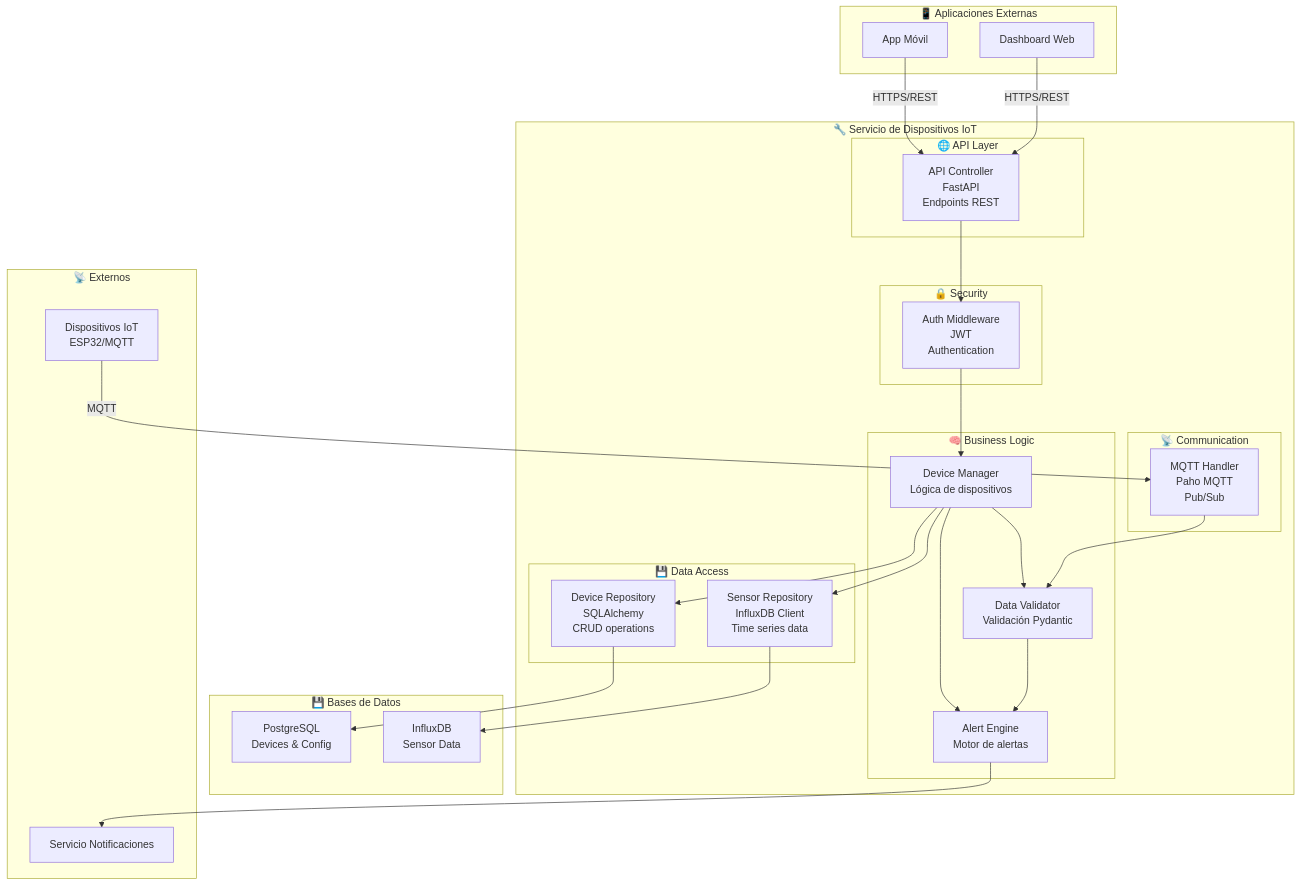
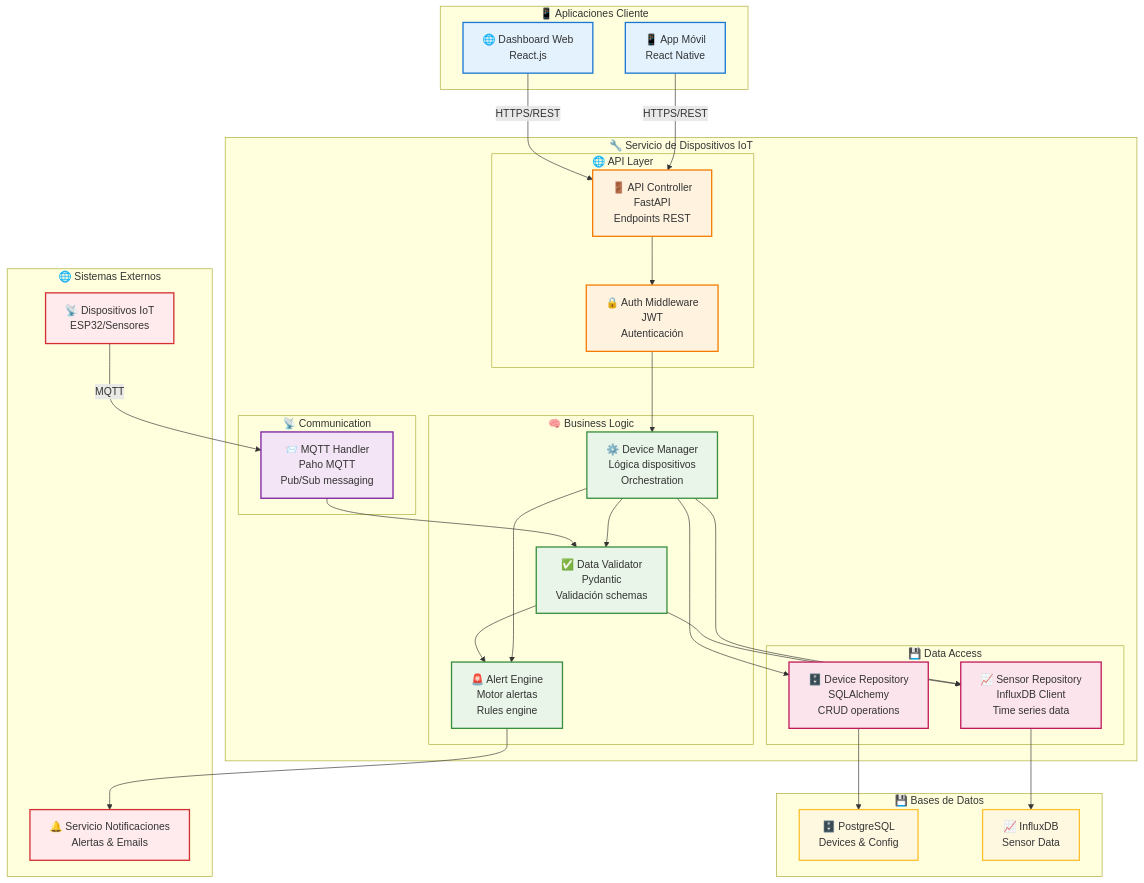
One commit to JanoverSaldana/apuntes-IoT changed the first of 3 diagrams in semana-4/C4-Diagrams-Guide/03-Component-Diagram.md. Above: the diagram before and after it, drawn with Mermaid. The commit also changed other lines of this file and 12 other files, not shown here.

Commit message:
Remove PlantUML diagrams and related documentation in favor of using Mermaid for GitHub visualization. Update README to reflect new diagramming approach and tools.

````diff
--- a/semana-4/C4-Diagrams-Guide/03-Component-Diagram.md
+++ b/semana-4/C4-Diagrams-Guide/03-Component-Diagram.md
@@ -312,43 +47,40 @@
 ```mermaid
 graph TB
-    subgraph "📱 Aplicaciones Externas"
-        A1[App Móvil]
-        A2[Dashboard Web]
+    subgraph "📱 Aplicaciones Cliente"
+        A1[📱 App Móvil<br/>React Native]
+        A2[🌐 Dashboard Web<br/>React.js]
     end
     
     subgraph "🔧 Servicio de Dispositivos IoT"
         subgraph "🌐 API Layer"
-            C1[API Controller<br/>FastAPI<br/>Endpoints REST]
+            C1[🚪 API Controller<br/>FastAPI<br/>Endpoints REST]
+            C8[🔒 Auth Middleware<br/>JWT<br/>Autenticación]
         end
         
         subgraph "🧠 Business Logic"
-            C2[Device Manager<br/>Lógica de dispositivos]
-            C3[Data Validator<br/>Validación Pydantic]
-            C4[Alert Engine<br/>Motor de alertas]
+            C2[⚙️ Device Manager<br/>Lógica dispositivos<br/>Orchestration]
+            C3[✅ Data Validator<br/>Pydantic<br/>Validación schemas]
+            C4[🚨 Alert Engine<br/>Motor alertas<br/>Rules engine]
         end
         
         subgraph "📡 Communication"
-            C5[MQTT Handler<br/>Paho MQTT<br/>Pub/Sub]
+            C5[📨 MQTT Handler<br/>Paho MQTT<br/>Pub/Sub messaging]
         end
         
         subgraph "💾 Data Access"
-            C6[Device Repository<br/>SQLAlchemy<br/>CRUD operations]
-            C7[Sensor Repository<br/>InfluxDB Client<br/>Time series data]
-        end
-        
-        subgraph "🔒 Security"
-            C8[Auth Middleware<br/>JWT<br/>Authentication]
+            C6[🗄️ Device Repository<br/>SQLAlchemy<br/>CRUD operations]
+            C7[📈 Sensor Repository<br/>InfluxDB Client<br/>Time series data]
         end
     end
     
     subgraph "💾 Bases de Datos"
-        D1[PostgreSQL<br/>Devices & Config]
-        D2[InfluxDB<br/>Sensor Data]
+        D1[🗄️ PostgreSQL<br/>Devices & Config]
+        D2[📈 InfluxDB<br/>Sensor Data]
     end
     
-    subgraph "📡 Externos"
-        E1[Dispositivos IoT<br/>ESP32/MQTT]
-        E2[Servicio Notificaciones]
+    subgraph "🌐 Sistemas Externos"
+        E1[📡 Dispositivos IoT<br/>ESP32/Sensores]
+        E2[🔔 Servicio Notificaciones<br/>Alertas & Emails]
     end
     
     %% External connections
@@ -356,18 +88,42 @@
     A2 -->|HTTPS/REST| C1
     E1 -->|MQTT| C5
     
-    %% Internal flow
+    %% API Layer flow
     C1 --> C8
     C8 --> C2
+    
+    %% Business Logic flow
     C2 --> C3
     C2 --> C4
     C2 --> C6
     C2 --> C7
+    
+    %% MQTT flow
     C5 --> C3
+    C3 --> C7
     C3 --> C4
+    
+    %% Alert flow
     C4 --> E2
     
     %% Data access
     C6 --> D1
     C7 --> D2
+    
+    %% Estilos
+    classDef clientStyle fill:#e3f2fd,stroke:#1976d2,stroke-width:2px
+    classDef apiStyle fill:#fff3e0,stroke:#f57c00,stroke-width:2px
+    classDef businessStyle fill:#e8f5e8,stroke:#388e3c,stroke-width:2px
+    classDef commStyle fill:#f3e5f5,stroke:#7b1fa2,stroke-width:2px
+    classDef dataStyle fill:#fce4ec,stroke:#c2185b,stroke-width:2px
+    classDef dbStyle fill:#fff8e1,stroke:#fbc02d,stroke-width:2px
+    classDef externalStyle fill:#ffebee,stroke:#d32f2f,stroke-width:2px
+    
+    class A1,A2 clientStyle
+    class C1,C8 apiStyle
+    class C2,C3,C4 businessStyle
+    class C5 commStyle
+    class C6,C7 dataStyle
+    class D1,D2 dbStyle
+    class E1,E2 externalStyle
 ```
````
